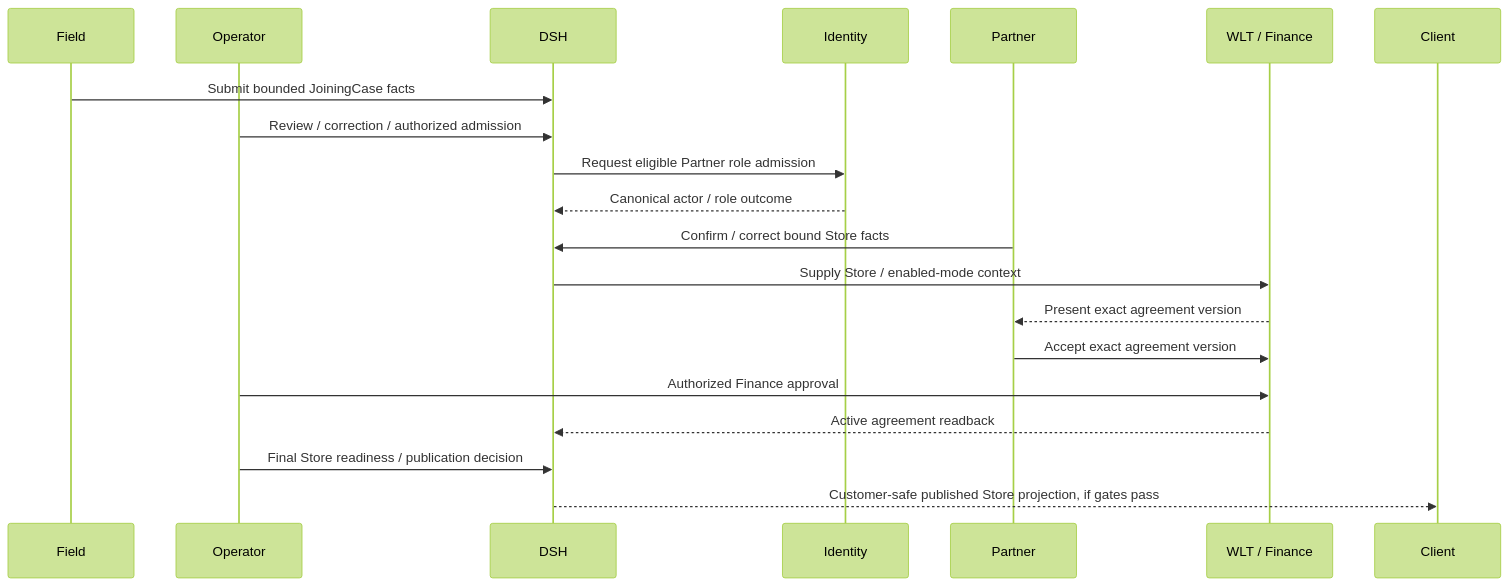
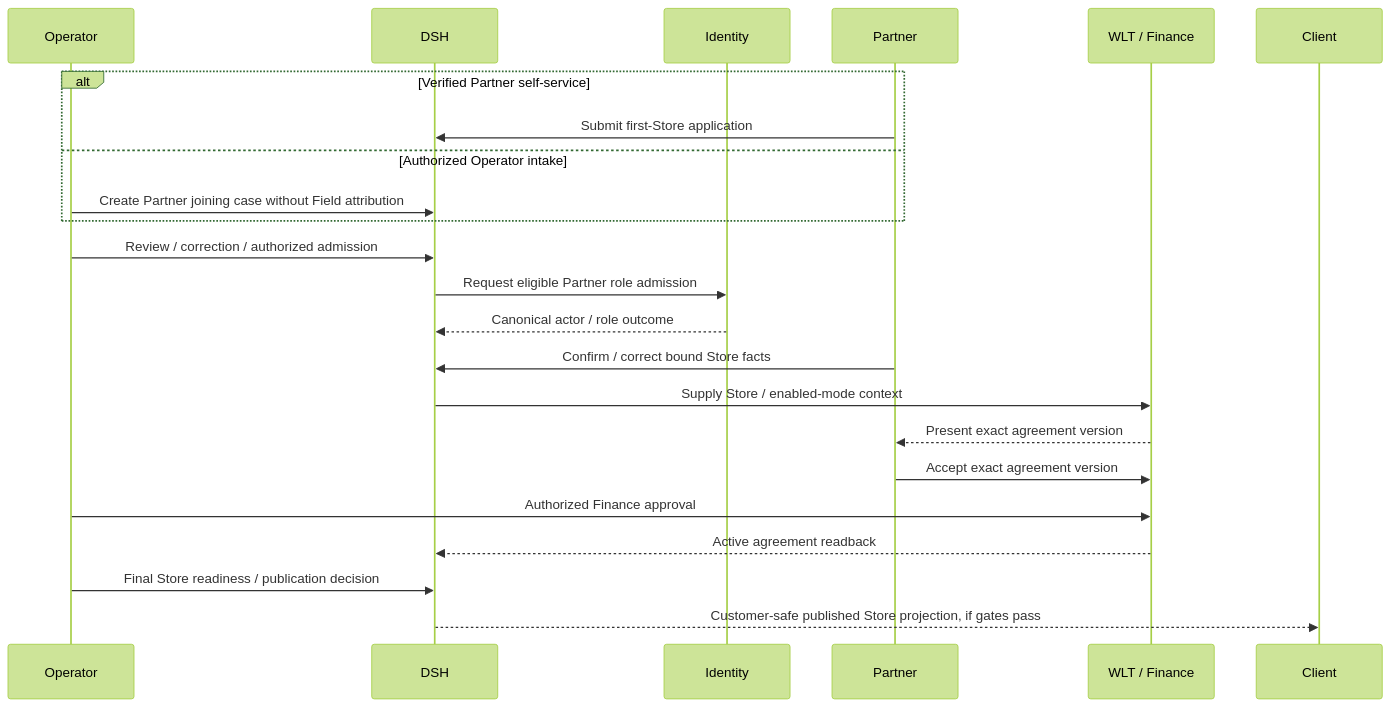
One commit to bthwani2-boop/samrim changed the third of 3 diagrams in docs/architecture-c4.md. Above: the diagram before and after it, drawn with Mermaid (forest theme). The commit also changed other lines of this file and 19 other files, not shown here.

Commit message:
refactor(repo): remove unused pilot and reconcile active architecture terminology

```diff
--- a/docs/architecture-c4.md
+++ b/docs/architecture-c4.md
@@ -130,22 +127,25 @@
 ~~~mermaid
 sequenceDiagram
-    participant F as Field
     participant O as Operator
     participant D as DSH
     participant I as Identity
     participant P as Partner
     participant W as WLT / Finance
     participant C as Client
-    F->>D: Submit bounded JoiningCase facts
+    alt Verified Partner self-service
+      P->>D: Submit first-Store application
+    else Authorized Operator intake
+      O->>D: Create Partner joining case without Field attribution
+    end
     O->>D: Review / correction / authorized admission
     D->>I: Request eligible Partner role admission
     I-->>D: Canonical actor / role outcome
     P->>D: Confirm / correct bound Store facts
     D->>W: Supply Store / enabled-mode context
     W-->>P: Present exact agreement version
     P->>W: Accept exact agreement version
     O->>W: Authorized Finance approval
     W-->>D: Active agreement readback
     O->>D: Final Store readiness / publication decision
     D-->>C: Customer-safe published Store projection, if gates pass
 ~~~
```
